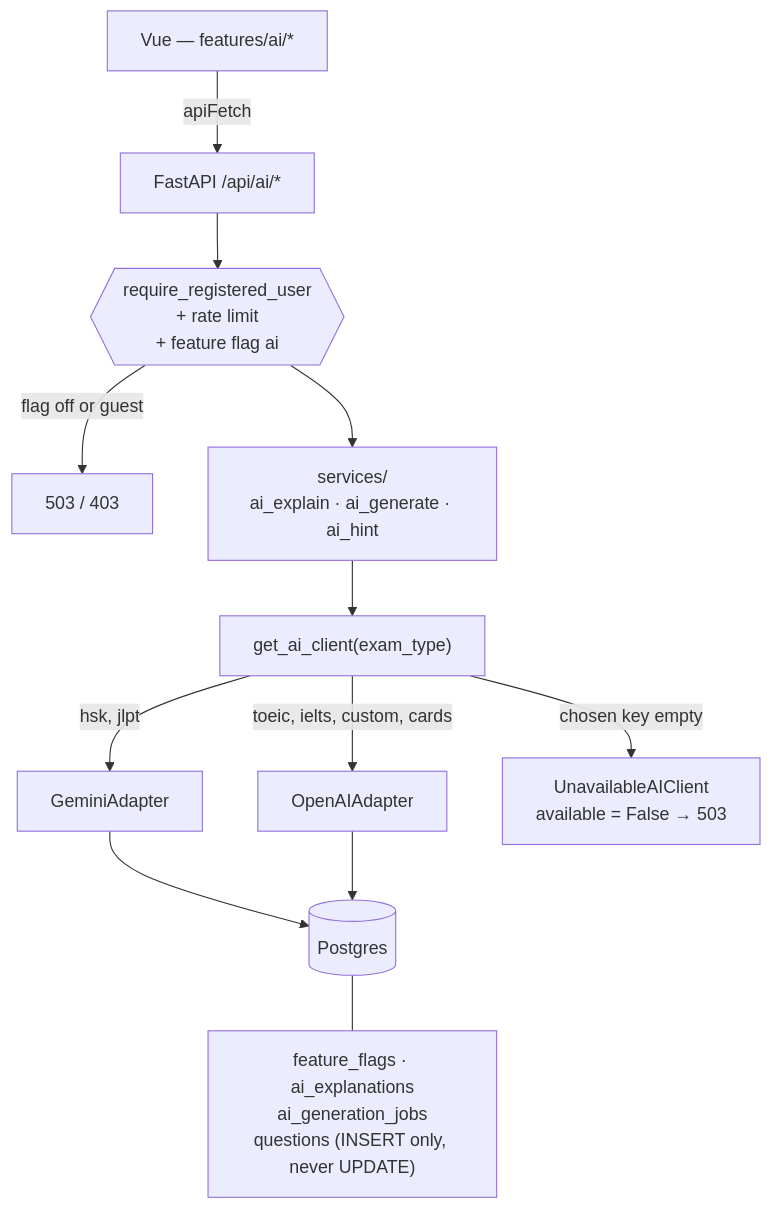
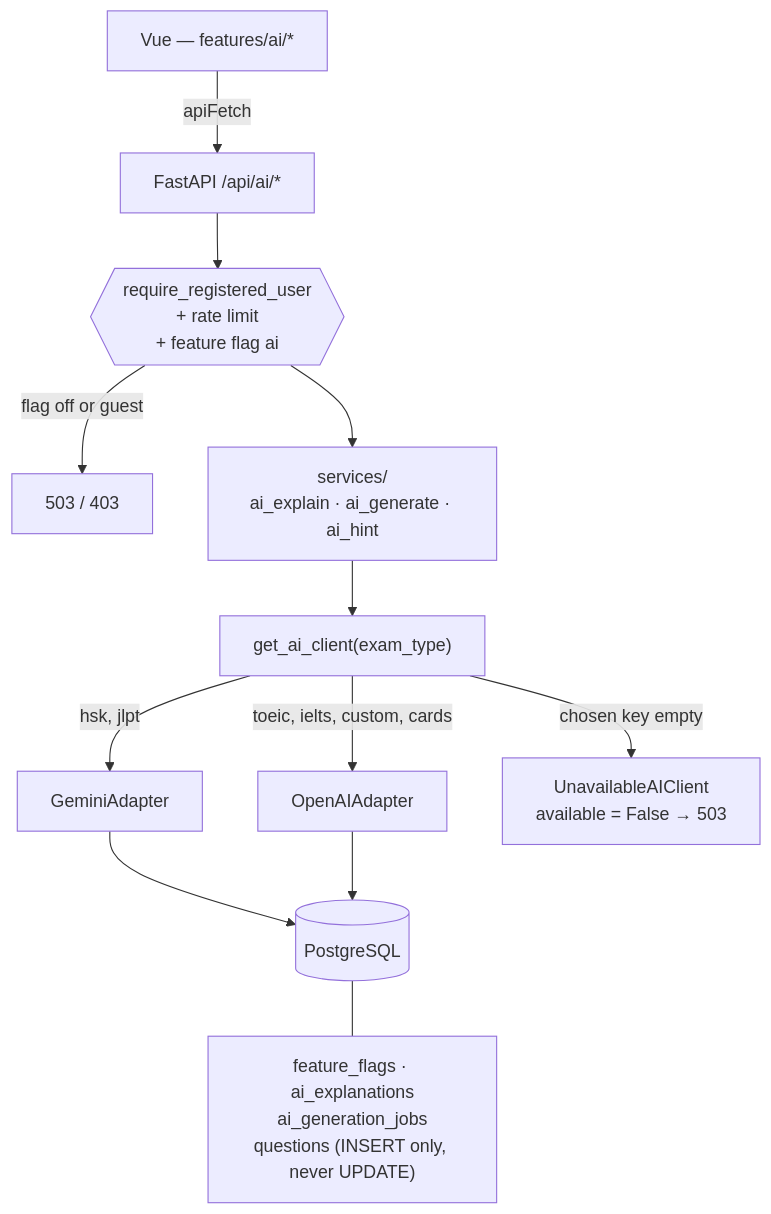
Before and after one commit to newtc22222/technical-documents: the first of 2 diagrams in docs/lingu-flow/features/ai-service-layer.md, drawn with Mermaid. The commit also changed other lines of this file and 7 other files, not shown here.

Commit message:
docs(lingu-flow): sync features section with AI guide and practice mode

````diff
--- a/docs/lingu-flow/features/ai-service-layer.md
+++ b/docs/lingu-flow/features/ai-service-layer.md
@@ -31,18 +31,18 @@
 ```mermaid
 flowchart TD
     Vue["Vue — features/ai/*"] -->|apiFetch| Router["FastAPI /api/ai/*"]
 
     Router --> Guards{{"require_registered_user<br/>+ rate limit<br/>+ feature flag ai"}}
     Guards -->|flag off or guest| Err["503 / 403"]
 
     Guards --> Services["services/<br/>ai_explain · ai_generate · ai_hint"]
     Services --> Factory["get_ai_client(exam_type)"]
 
     Factory -->|hsk, jlpt| Gemini["GeminiAdapter"]
     Factory -->|toeic, ielts, custom, cards| OpenAI["OpenAIAdapter"]
     Factory -->|chosen key empty| Unavailable["UnavailableAIClient<br/>available = False → 503"]
 
-    Gemini --> PG[("Postgres")]
+    Gemini --> PG[("PostgreSQL")]
     OpenAI --> PG
     PG --- Tables["feature_flags · ai_explanations<br/>ai_generation_jobs<br/>questions (INSERT only, never UPDATE)"]
 ```
````
